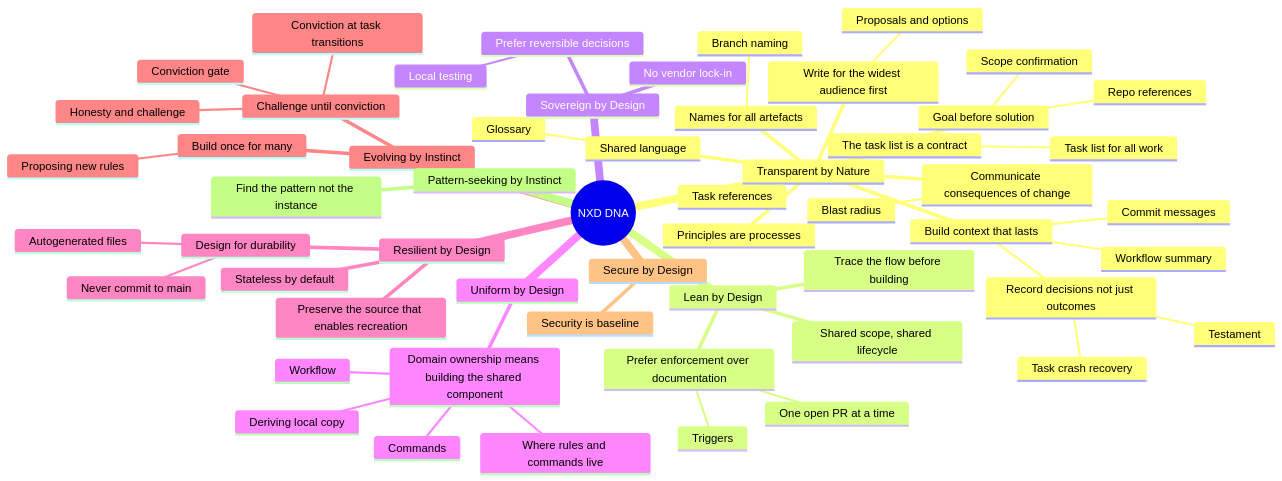
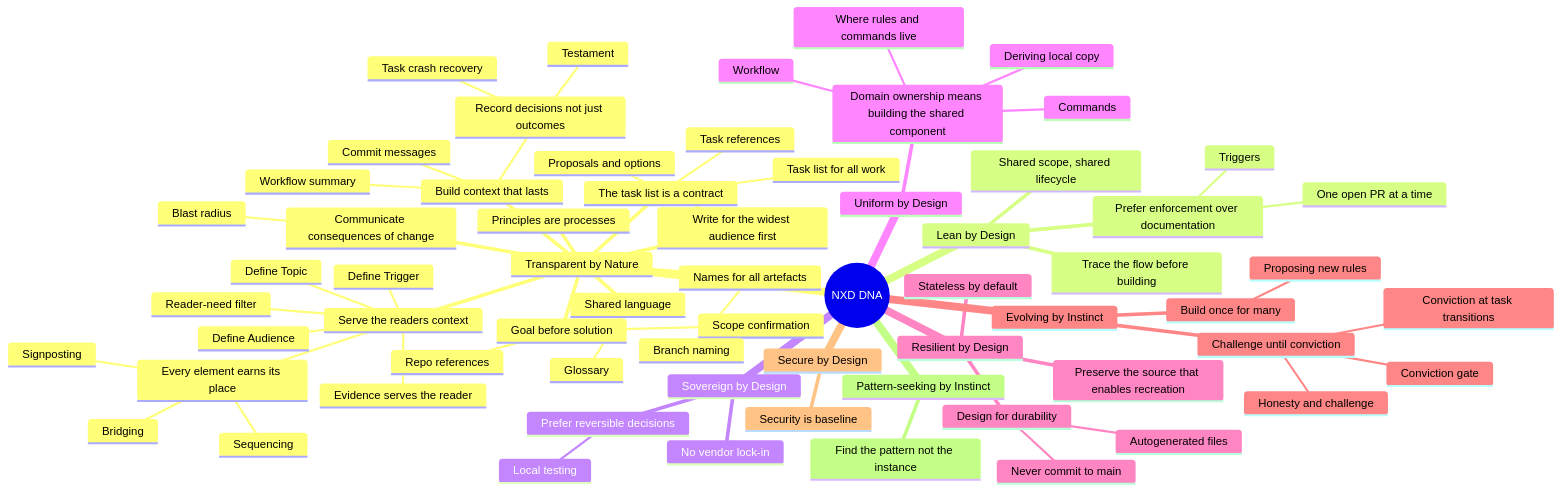
The diagram in dna-diagram-test.md (NXD-Solutions/.github), drawn with Mermaid before and after one commit. The commit also changed 7 other files, not shown here.

````diff
--- a/dna-diagram-test.md
+++ b/dna-diagram-test.md
@@ -3,59 +3,69 @@
 ```mermaid
 mindmap
   root((NXD DNA))
     Transparent by Nature
       Principles are processes
       Goal before solution
         Scope confirmation
         Repo references
       Build context that lasts
         Commit messages
         Workflow summary
         Record decisions not just outcomes
           Task crash recovery
           Testament
       The task list is a contract
         Task list for all work
         Task references
       Communicate consequences of change
         Blast radius
       Names for all artefacts
         Branch naming
       Write for the widest audience first
         Proposals and options
+      Serve the readers context
+        Define Audience
+        Define Topic
+        Define Trigger
+        Reader-need filter
+        Evidence serves the reader
+        Every element earns its place
+          Sequencing
+          Bridging
+          Signposting
       Shared language
         Glossary
     Lean by Design
       Shared scope, shared lifecycle
       Prefer enforcement over documentation
         Triggers
         One open PR at a time
       Trace the flow before building
     Sovereign by Design
       No vendor lock-in
       Prefer reversible decisions
         Local testing
     Uniform by Design
       Domain ownership means building the shared component
         Where rules and commands live
         Workflow
         Deriving local copy
         Commands
     Resilient by Design
       Preserve the source that enables recreation
       Design for durability
         Never commit to main
         Autogenerated files
       Stateless by default
     Evolving by Instinct
       Challenge until conviction
         Honesty and challenge
         Conviction gate
         Conviction at task transitions
       Build once for many
         Proposing new rules
     Secure by Design
       Security is baseline
     Pattern-seeking by Instinct
       Find the pattern not the instance
 ```
````
